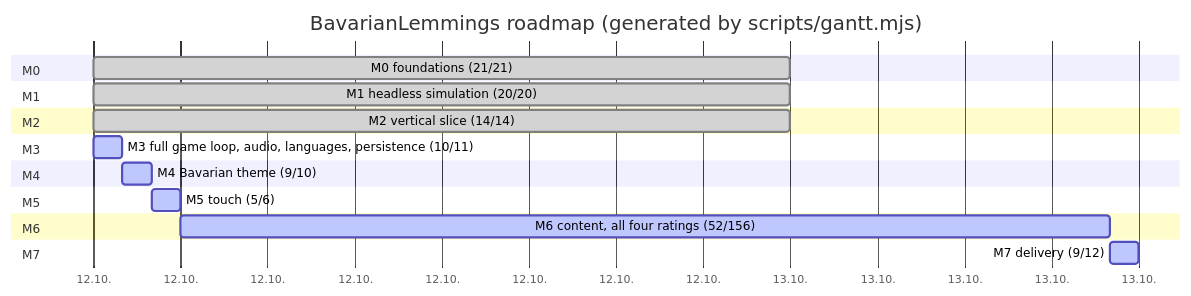
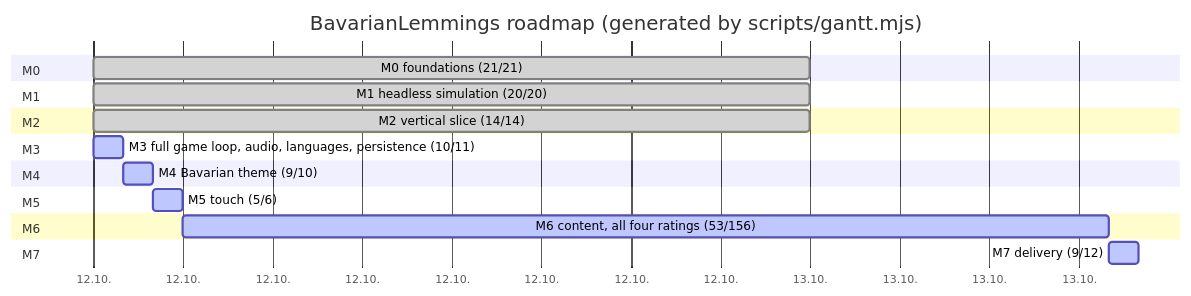
One commit to marcelpetrick/BavarianLemmings changed the diagram in plan.md. Above: the diagram before and after it, drawn with Mermaid. The commit also changed other lines of this file and 4 other files, not shown here.

````diff
--- a/plan.md
+++ b/plan.md
@@ -43,22 +43,22 @@
 ```mermaid
 gantt
     title BavarianLemmings roadmap (generated by scripts/gantt.mjs)
     dateFormat  YYYY-MM-DD
     axisFormat  %d.%m.
     section M0
     M0 foundations (21/21) :done, m0, 2026-10-12, 1d
     section M1
     M1 headless simulation (20/20) :done, m1, 2026-10-12, 1d
     section M2
     M2 vertical slice (14/14) :done, m2, 2026-10-12, 1d
     section M3
     M3 full game loop, audio, languages, persistence (10/11) :active, m3, 2026-10-12, 1h
     section M4
     M4 Bavarian theme (9/10) :active, m4, after m3, 1h
     section M5
     M5 touch (5/6) :active, m5, after m4, 1h
     section M6
-    M6 content, all four ratings (52/156) :active, m6, after m5, 32h
+    M6 content, all four ratings (53/156) :active, m6, after m5, 31h
     section M7
     M7 delivery (9/12) :active, m7, after m6, 1h
 ```
````
